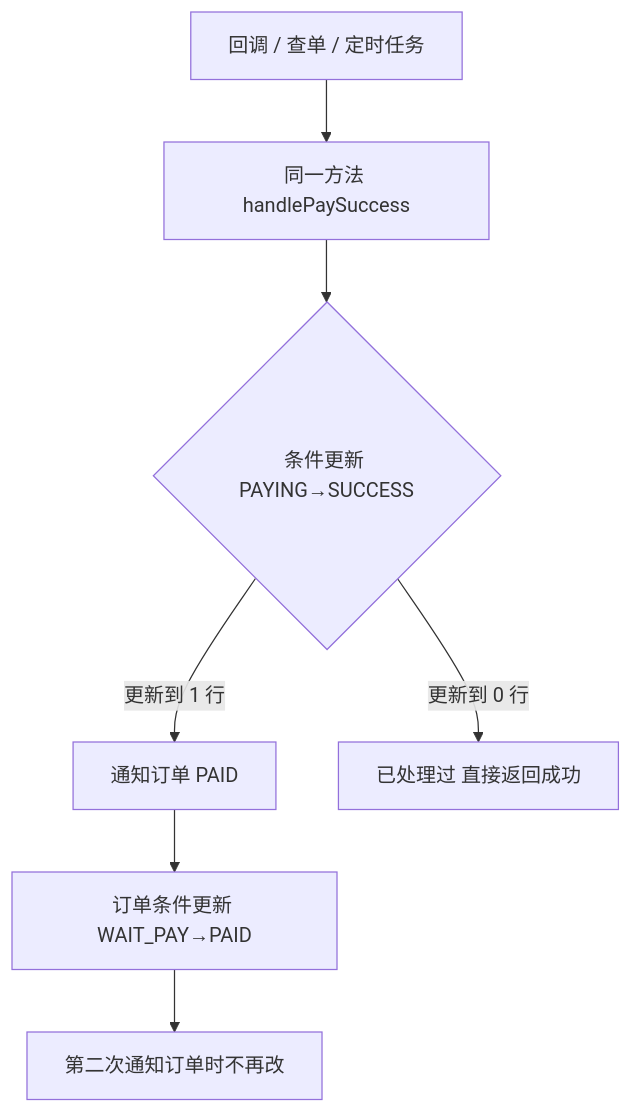
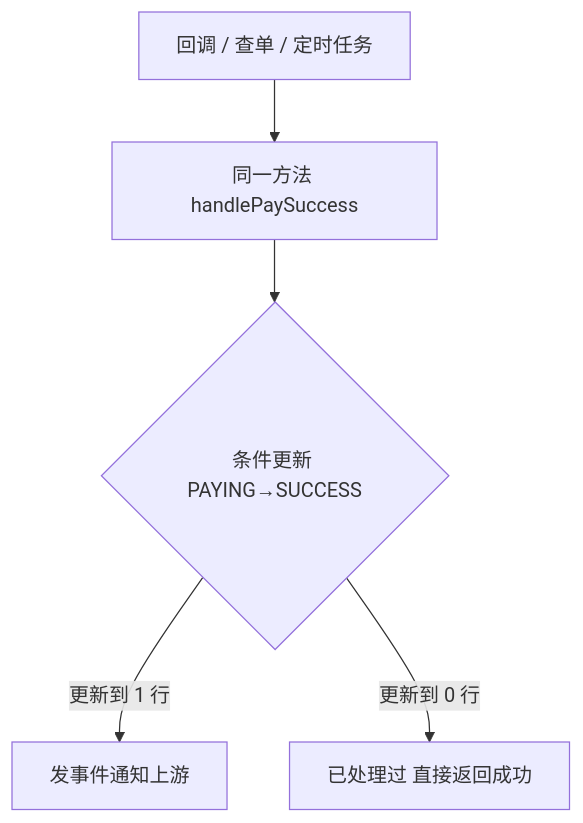
The eighth of 10 diagrams in Java/Spring/场景题/支付系统/user-order-payment-status.md (jv-morningGlory/-), drawn with Mermaid before and after one commit. The commit also changed other lines of this file, not shown here.

````diff
--- a/Java/Spring/场景题/支付系统/user-order-payment-status.md
+++ b/Java/Spring/场景题/支付系统/user-order-payment-status.md
@@ -280,9 +244,7 @@
 ```mermaid
 flowchart TD
     A[回调 / 查单 / 定时任务] --> B[同一方法 handlePaySuccess]
     B --> C{条件更新 PAYING→SUCCESS}
-    C -->|更新到 1 行| D[通知订单 PAID]
+    C -->|更新到 1 行| D[发事件通知上游]
     C -->|更新到 0 行| E[已处理过 直接返回成功]
-    D --> F[订单条件更新 WAIT_PAY→PAID]
-    F --> G[第二次通知订单时不再改]
 ```
````
